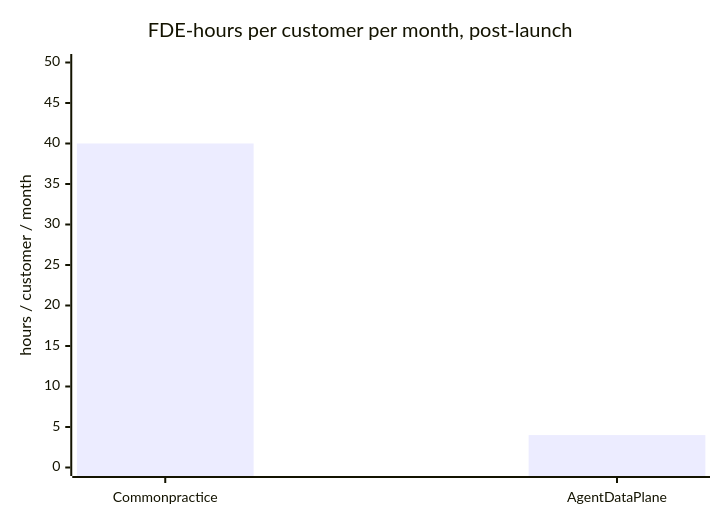
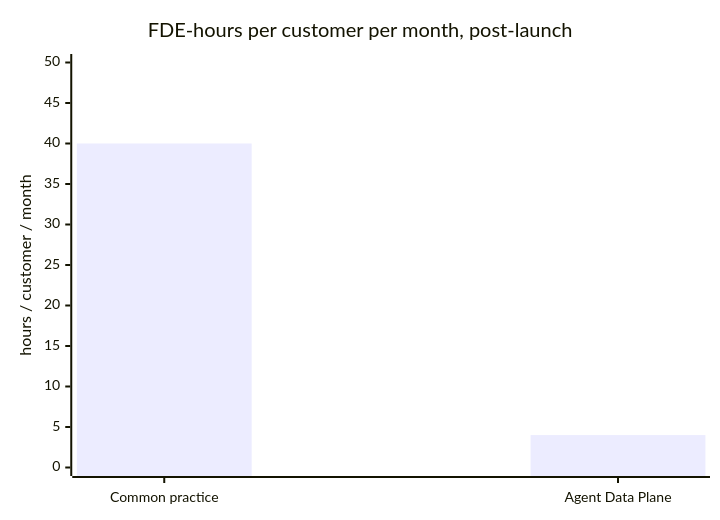
One commit to aboutphilippe/aboutphilippe.github.io changed the third of 3 diagrams in _posts/2026-05-26-forward-deployed-engineers.md. Above: the diagram before and after it, drawn with Mermaid. The commit also changed other lines of this file, not shown here.

````diff
--- a/_posts/2026-05-26-forward-deployed-engineers.md
+++ b/_posts/2026-05-26-forward-deployed-engineers.md
@@ -251,7 +245,7 @@
 ```mermaid
 xychart
     title "FDE-hours per customer per month, post-launch"
-    x-axis [Common practice, Agent Data Plane]
+    x-axis ["Common practice", "Agent Data Plane"]
     y-axis "hours / customer / month" 0 --> 50
     bar [40, 4]
 ```
````
